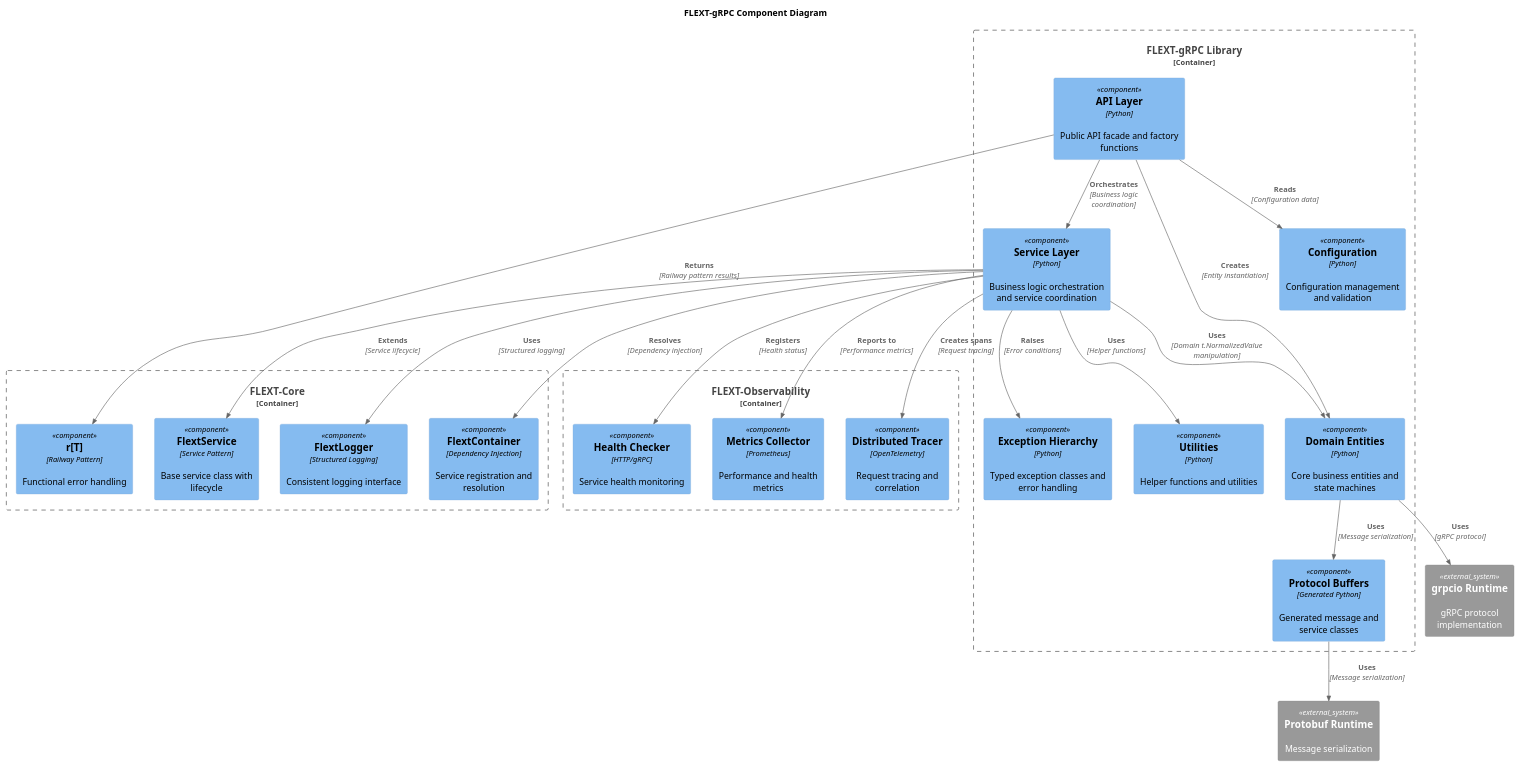
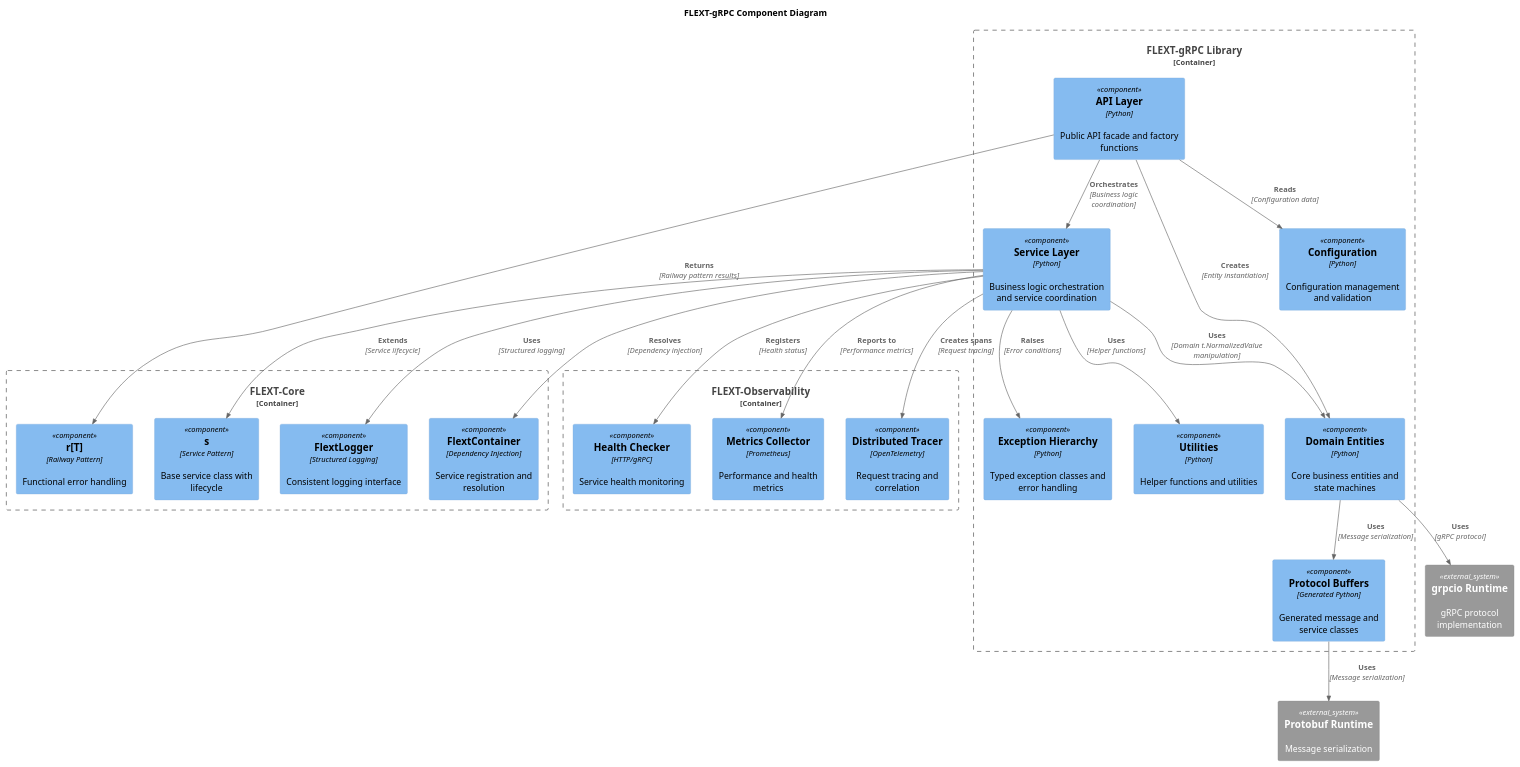
The diagram in docs/architecture/diagrams/components.puml (flext-sh/flext-grpc), drawn with PlantUML before and after one commit. The commit also changed 18 other files, not shown here.

```diff
--- a/docs/architecture/diagrams/components.puml
+++ b/docs/architecture/diagrams/components.puml
@@ -1,54 +1,54 @@
 @startuml FLEXT-gRPC Component Diagram
 !include <C4/C4_Component>
 
 title FLEXT-gRPC Component Diagram
 
 Container_Boundary(flext_grpc_lib, "FLEXT-gRPC Library") {
     Component(flext_grpc_api, "API Layer", "Python", "Public API facade and factory functions")
     Component(flext_grpc_services, "Service Layer", "Python", "Business logic orchestration and service coordination")
     Component(flext_grpc_entities, "Domain Entities", "Python", "Core business entities and state machines")
     Component(flext_grpc_config, "Configuration", "Python", "Configuration management and validation")
     Component(flext_grpc_exceptions, "Exception Hierarchy", "Python", "Typed exception classes and error handling")
     Component(flext_grpc_utilities, "Utilities", "Python", "Helper functions and utilities")
     Component(flext_grpc_protobuf, "Protocol Buffers", "Generated Python", "Generated message and service classes")
 }
 
 Container_Boundary(flext_core, "FLEXT-Core") {
     Component(flext_result, "r[T]", "Railway Pattern", "Functional error handling")
     Component(flext_container, "FlextContainer", "Dependency Injection", "Service registration and resolution")
-    Component(flext_service, "FlextService", "Service Pattern", "Base service class with lifecycle")
+    Component(flext_service, "s", "Service Pattern", "Base service class with lifecycle")
     Component(flext_logger, "FlextLogger", "Structured Logging", "Consistent logging interface")
 }
 
 Container_Boundary(flext_observability, "FLEXT-Observability") {
     Component(metrics_collector, "Metrics Collector", "Prometheus", "Performance and health metrics")
     Component(tracer, "Distributed Tracer", "OpenTelemetry", "Request tracing and correlation")
     Component(health_checker, "Health Checker", "HTTP/gRPC", "Service health monitoring")
 }
 
 System_Ext(grpcio_runtime, "grpcio Runtime", "gRPC protocol implementation")
 System_Ext(protobuf_runtime, "Protobuf Runtime", "Message serialization")
 
 Rel(flext_grpc_api, flext_grpc_services, "Orchestrates", "Business logic coordination")
 Rel(flext_grpc_api, flext_grpc_entities, "Creates", "Entity instantiation")
 Rel(flext_grpc_api, flext_grpc_config, "Reads", "Configuration data")
 
 Rel(flext_grpc_services, flext_grpc_entities, "Uses", "Domain t.NormalizedValue manipulation")
 Rel(flext_grpc_services, flext_grpc_exceptions, "Raises", "Error conditions")
 Rel(flext_grpc_services, flext_grpc_utilities, "Uses", "Helper functions")
 
 Rel(flext_grpc_entities, flext_grpc_protobuf, "Uses", "Message serialization")
 
 Rel(flext_grpc_api, flext_result, "Returns", "Railway pattern results")
 Rel(flext_grpc_services, flext_container, "Resolves", "Dependency injection")
 Rel(flext_grpc_services, flext_service, "Extends", "Service lifecycle")
 Rel(flext_grpc_services, flext_logger, "Uses", "Structured logging")
 
 Rel(flext_grpc_services, metrics_collector, "Reports to", "Performance metrics")
 Rel(flext_grpc_services, tracer, "Creates spans", "Request tracing")
 Rel(flext_grpc_services, health_checker, "Registers", "Health status")
 
 Rel(flext_grpc_entities, grpcio_runtime, "Uses", "gRPC protocol")
 Rel(flext_grpc_protobuf, protobuf_runtime, "Uses", "Message serialization")
 
 @enduml
```
